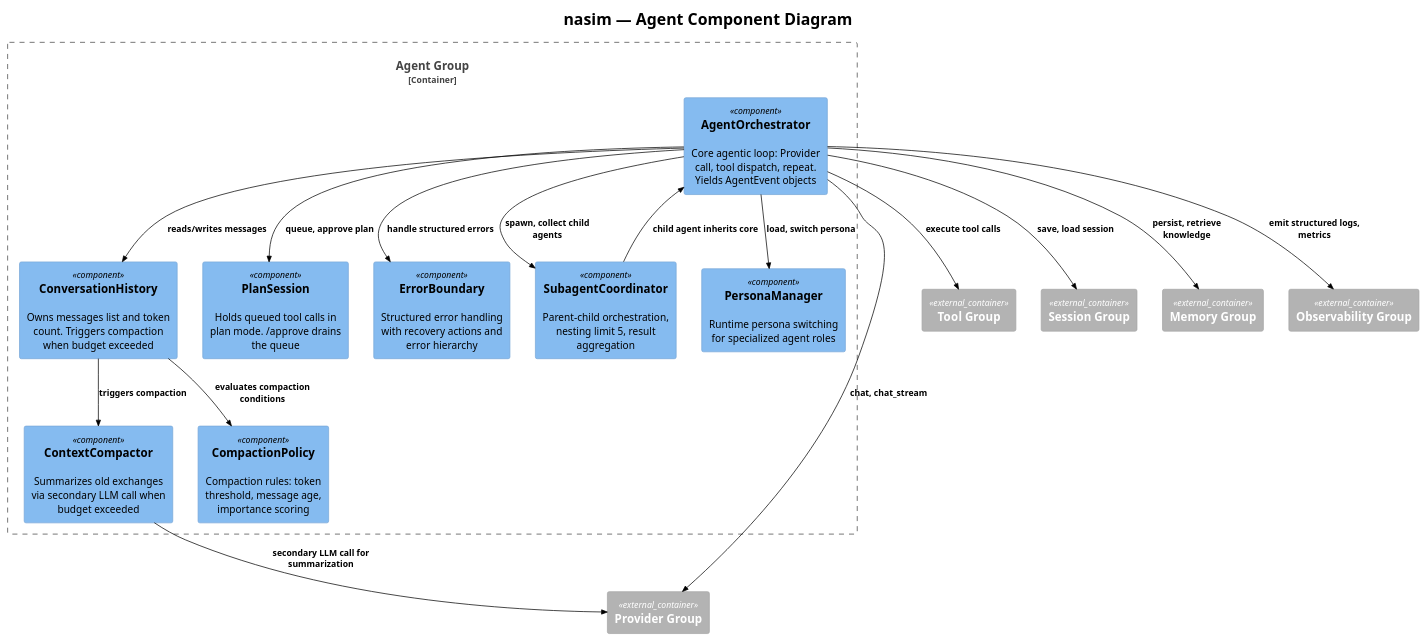
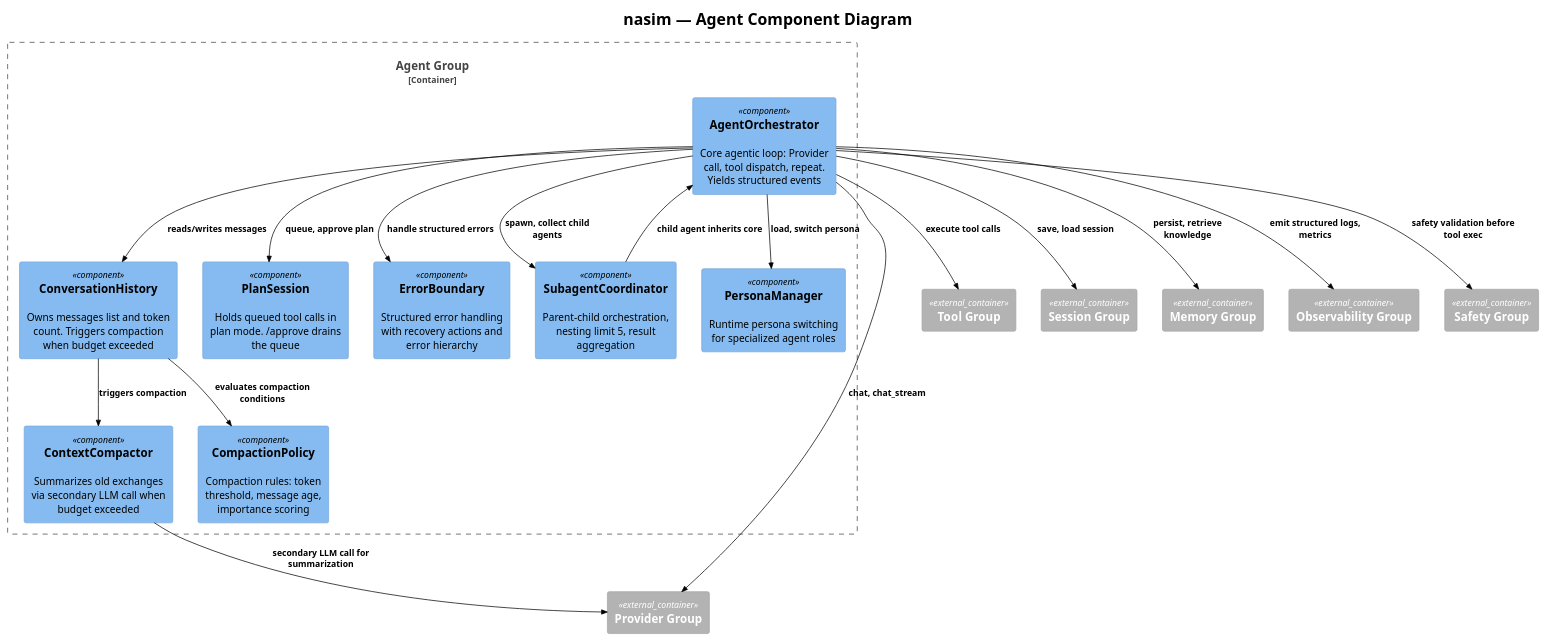
One commit to salimnamvar/nasim changed diagram 17 of 24 in C4.md. Above: the diagram before and after it, drawn with PlantUML. The commit also changed other lines of this file and 18 other files, not shown here.

```diff
--- a/C4.md
+++ b/C4.md
@@ -1014,50 +1022,52 @@
 @startuml c4_nasim_component_agent
 !include https://raw.githubusercontent.com/plantuml-stdlib/C4-PlantUML/v2.10.0/C4_Component.puml
 !theme plain
 
 
 ' ============================================================
 ' Title:     nasim — Agent Component Diagram
 ' Boundary:  nasim core library — Agent group
 ' Purpose:   Agent layer internal components
 ' Milestone: v1.0
 ' Version:   6.0.0
 ' Source:    docs/prompt/p1.md — corrective architecture review
 ' Review:    docs/audit/audit.2026.06.20.comprehensive.reference.audit.md
 ' ============================================================
 
 title nasim — Agent Component Diagram
 
 Container_Boundary(agent_boundary, "Agent Group") {
-    Component(agent_orch, "AgentOrchestrator", "", "Core agentic loop: Provider call, tool dispatch, repeat. Yields AgentEvent objects")
+    Component(agent_orch, "AgentOrchestrator", "", "Core agentic loop: Provider call, tool dispatch, repeat. Yields structured events")
     Component(conv_history, "ConversationHistory", "", "Owns messages list and token count. Triggers compaction when budget exceeded")
     Component(compactor, "ContextCompactor", "", "Summarizes old exchanges via secondary LLM call when budget exceeded")
     Component(plan_session, "PlanSession", "", "Holds queued tool calls in plan mode. /approve drains the queue")
     Component(subagent_coord, "SubagentCoordinator", "", "Parent-child orchestration, nesting limit 5, result aggregation")
     Component(error_boundary, "ErrorBoundary", "", "Structured error handling with recovery actions and error hierarchy")
     Component(persona_mgr, "PersonaManager", "", "Runtime persona switching for specialized agent roles")
     Component(compaction_policy, "CompactionPolicy", "", "Compaction rules: token threshold, message age, importance scoring")
 }
 
 Container_Ext(provider_boundary, "Provider Group")
 Container_Ext(tool_boundary, "Tool Group")
 Container_Ext(session_boundary, "Session Group")
 Container_Ext(memory_boundary, "Memory Group")
 Container_Ext(observability_group, "Observability Group")
+Container_Ext(safety_boundary, "Safety Group")
 
 Rel(agent_orch, provider_boundary, "chat, chat_stream")
 Rel(agent_orch, tool_boundary, "execute tool calls")
 Rel(agent_orch, conv_history, "reads/writes messages")
+Rel(agent_orch, safety_boundary, "safety validation before tool exec")
 Rel(agent_orch, subagent_coord, "spawn, collect child agents")
 Rel(agent_orch, error_boundary, "handle structured errors")
 Rel(agent_orch, persona_mgr, "load, switch persona")
 Rel(agent_orch, memory_boundary, "persist, retrieve knowledge")
 Rel(agent_orch, session_boundary, "save, load session")
 Rel(agent_orch, observability_group, "emit structured logs, metrics")
 Rel(agent_orch, plan_session, "queue, approve plan")
 Rel(conv_history, compactor, "triggers compaction")
 Rel(conv_history, compaction_policy, "evaluates compaction conditions")
 Rel(compactor, provider_boundary, "secondary LLM call for summarization")
 Rel(subagent_coord, agent_orch, "child agent inherits core")
 
 @enduml
```
